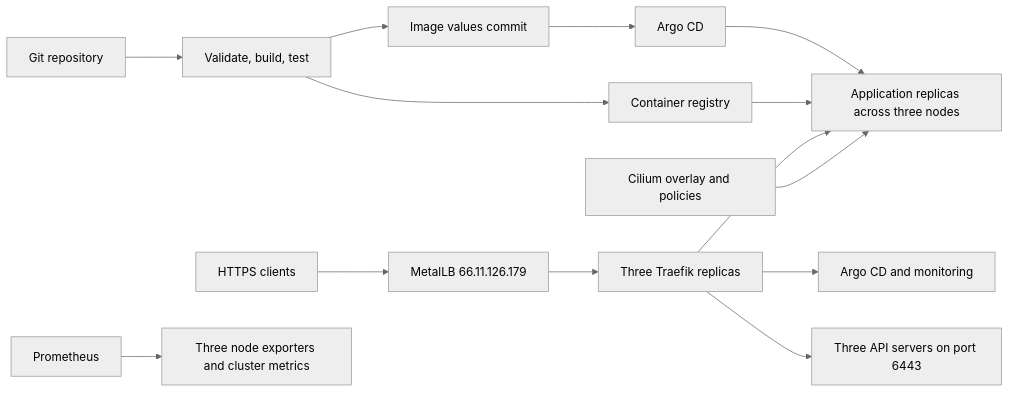
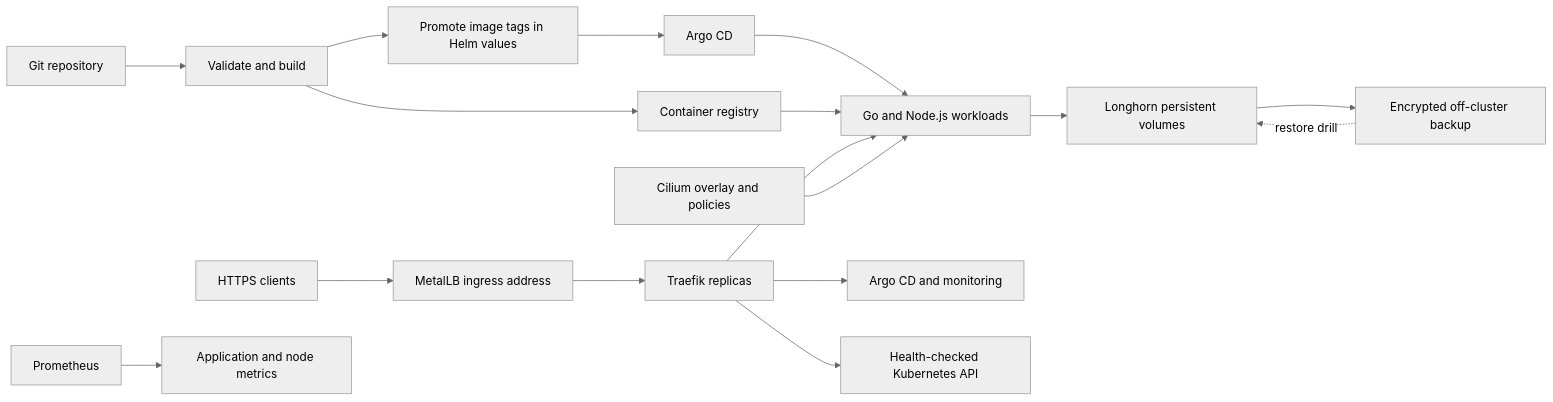
One commit to egyhaty/karm-devops changed the diagram in docs/architecture.md. Above: the diagram before and after it, drawn with Mermaid (neutral theme). The commit also changed other lines of this file, not shown here.

````diff
--- a/docs/architecture.md
+++ b/docs/architecture.md
@@ -5,16 +5,19 @@
 ```mermaid
 flowchart LR
-  Git[Git repository] --> CI[Validate, build, test]
+  Git[Git repository] --> CI[Validate and build]
   CI --> Registry[Container registry]
-  CI --> Values[Image values commit]
+  CI --> Values[Promote image tags in Helm values]
   Values --> Argo[Argo CD]
-  Argo --> Apps[Application replicas across three nodes]
+  Argo --> Apps[Go and Node.js workloads]
   Registry --> Apps
-  Clients[HTTPS clients] --> VIP[MetalLB 66.11.126.179]
-  VIP --> Traefik[Three Traefik replicas]
+  Clients[HTTPS clients] --> VIP[MetalLB ingress address]
+  VIP --> Traefik[Traefik replicas]
   Traefik --> Apps
   Traefik --> UI[Argo CD and monitoring]
-  Traefik --> API[Three API servers on port 6443]
+  Traefik --> API[Health-checked Kubernetes API]
   Cilium[Cilium overlay and policies] --> Apps
-  Prom[Prometheus] --> Nodes[Three node exporters and cluster metrics]
+  Prom[Prometheus] --> Metrics[Application and node metrics]
+  Apps --> PVC[Longhorn persistent volumes]
+  PVC --> Backup[Encrypted off-cluster backup]
+  Backup -. restore drill .-> PVC
 ```
````
